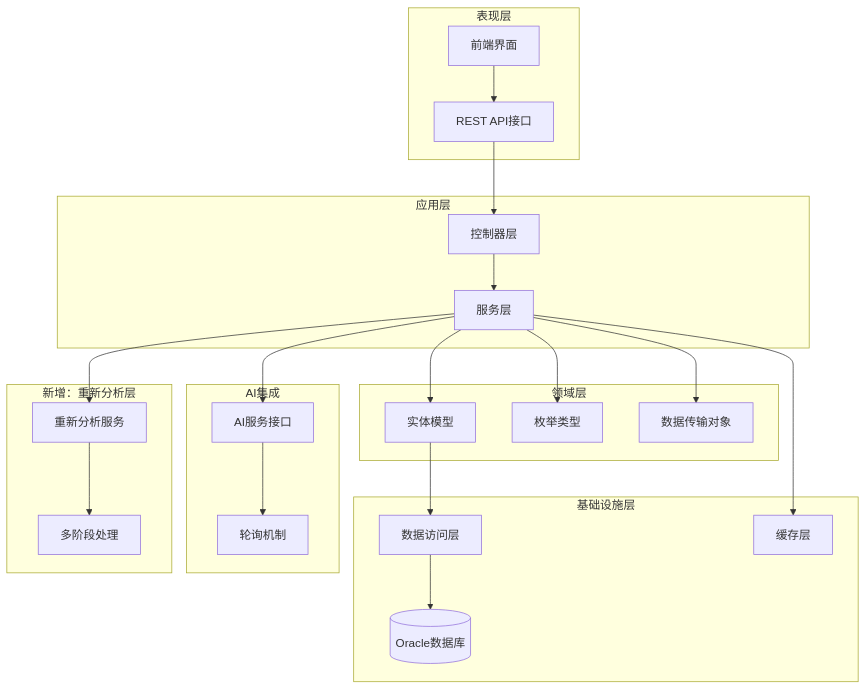
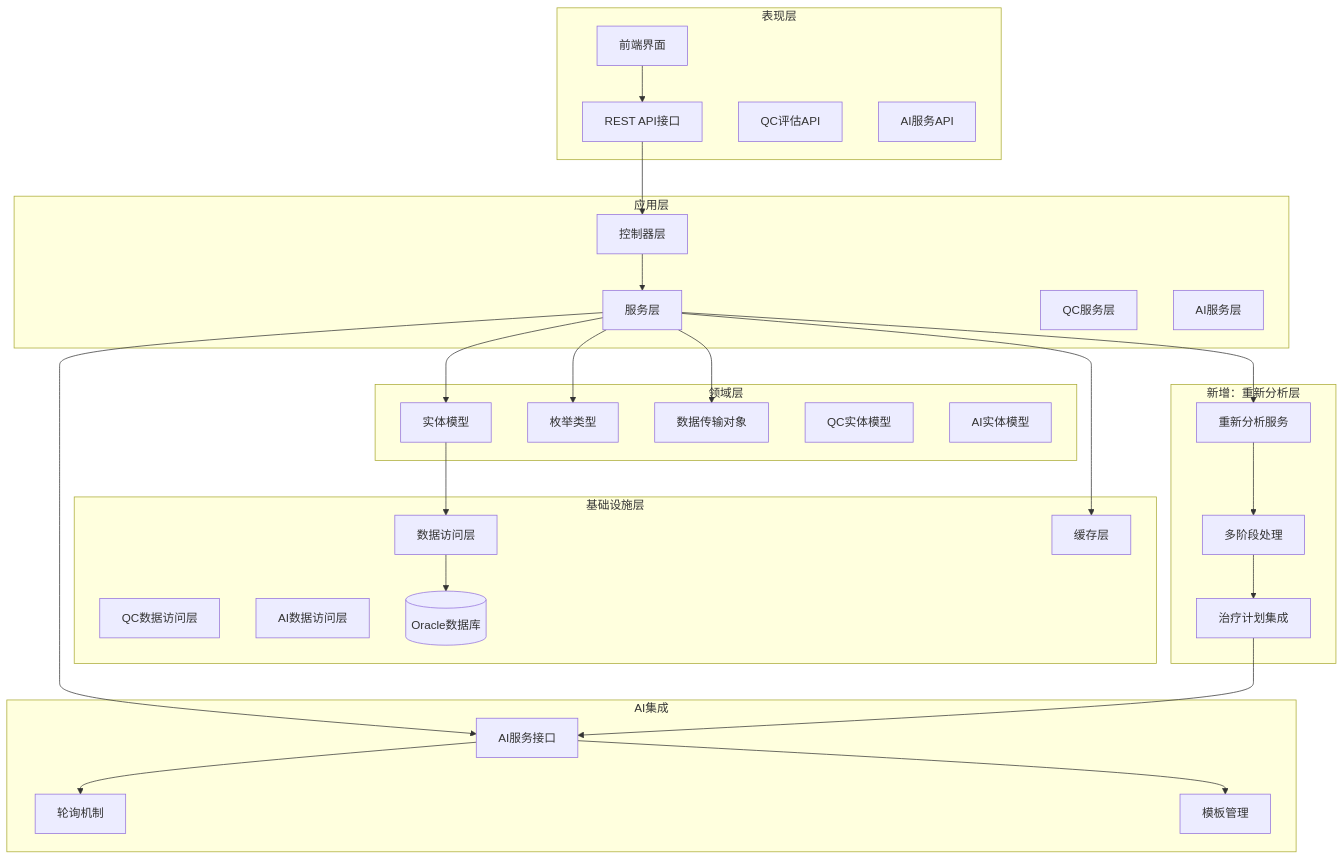
One commit to liuzh2008/med_ai_assistant_workspace changed the second of 14 diagrams in .qoder/repowiki/zh/content/QC评估引擎.md. Above: the diagram before and after it, drawn with Mermaid. The commit also changed other lines of this file and 4 other files, not shown here.

````diff
--- a/.qoder/repowiki/zh/content/QC评估引擎.md
+++ b/.qoder/repowiki/zh/content/QC评估引擎.md
@@ -147,42 +163,55 @@
 ```mermaid
 graph TB
 subgraph "表现层"
 UI[前端界面]
 API[REST API接口]
+QC_API[QC评估API]
+AI_API[AI服务API]
 end
 subgraph "应用层"
 CTRL[控制器层]
 SVC[服务层]
+QC_SVC[QC服务层]
+AI_SVC[AI服务层]
 end
 subgraph "领域层"
 MODEL[实体模型]
 ENUM[枚举类型]
 DTO[数据传输对象]
+QC_MODEL[QC实体模型]
+AI_MODEL[AI实体模型]
 end
 subgraph "基础设施层"
 REPO[数据访问层]
+QC_REPO[QC数据访问层]
+AI_REPO[AI数据访问层]
 DB[(Oracle数据库)]
 CACHE[缓存层]
 end
 UI --> API
 API --> CTRL
 CTRL --> SVC
 SVC --> MODEL
 SVC --> ENUM
 SVC --> DTO
 MODEL --> REPO
 REPO --> DB
 SVC --> CACHE
 subgraph "AI集成"
 AI[AI服务接口]
 POLL[轮询机制]
+TEMPLATE[模板管理]
 end
 SVC --> AI
 AI --> POLL
+AI --> TEMPLATE
 subgraph "新增：重新分析层"
 REANALYZE[重新分析服务]
 MULTISTAGE[多阶段处理]
+TREATMENT_INTEGRATION[治疗计划集成]
 end
 SVC --> REANALYZE
 REANALYZE --> MULTISTAGE
+MULTISTAGE --> TREATMENT_INTEGRATION
+TREATMENT_INTEGRATION --> AI
 ```
````
